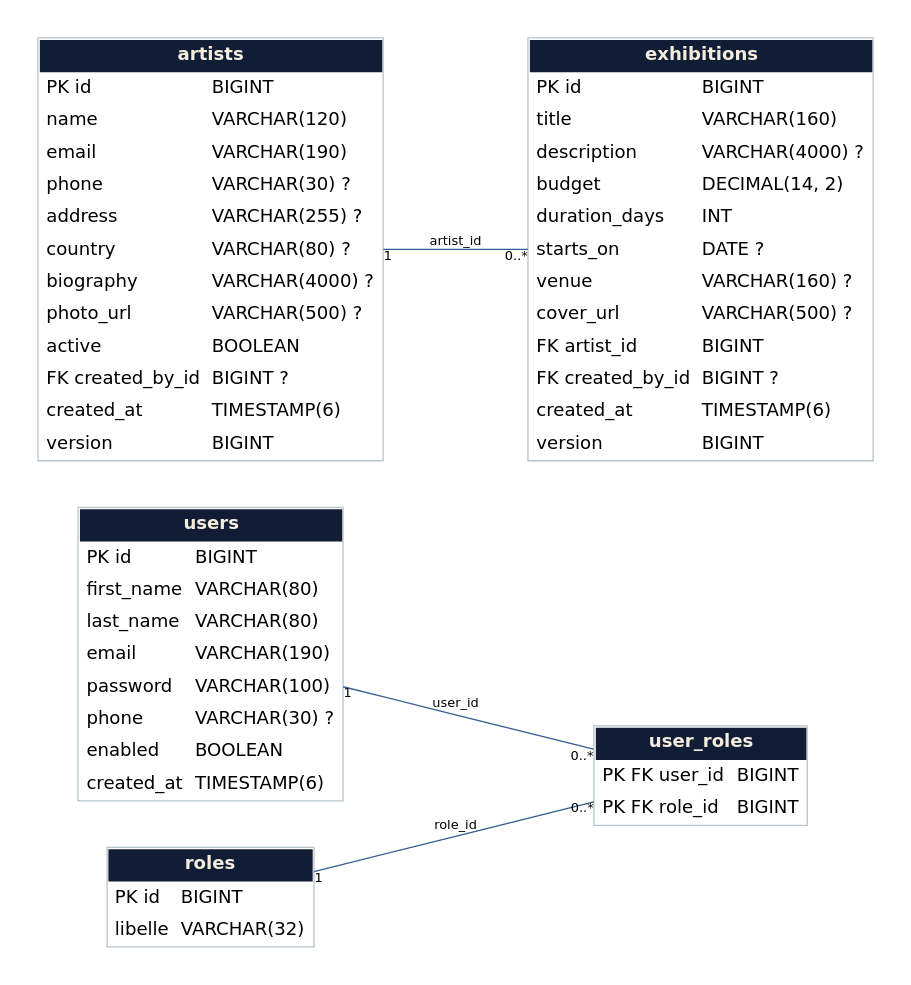
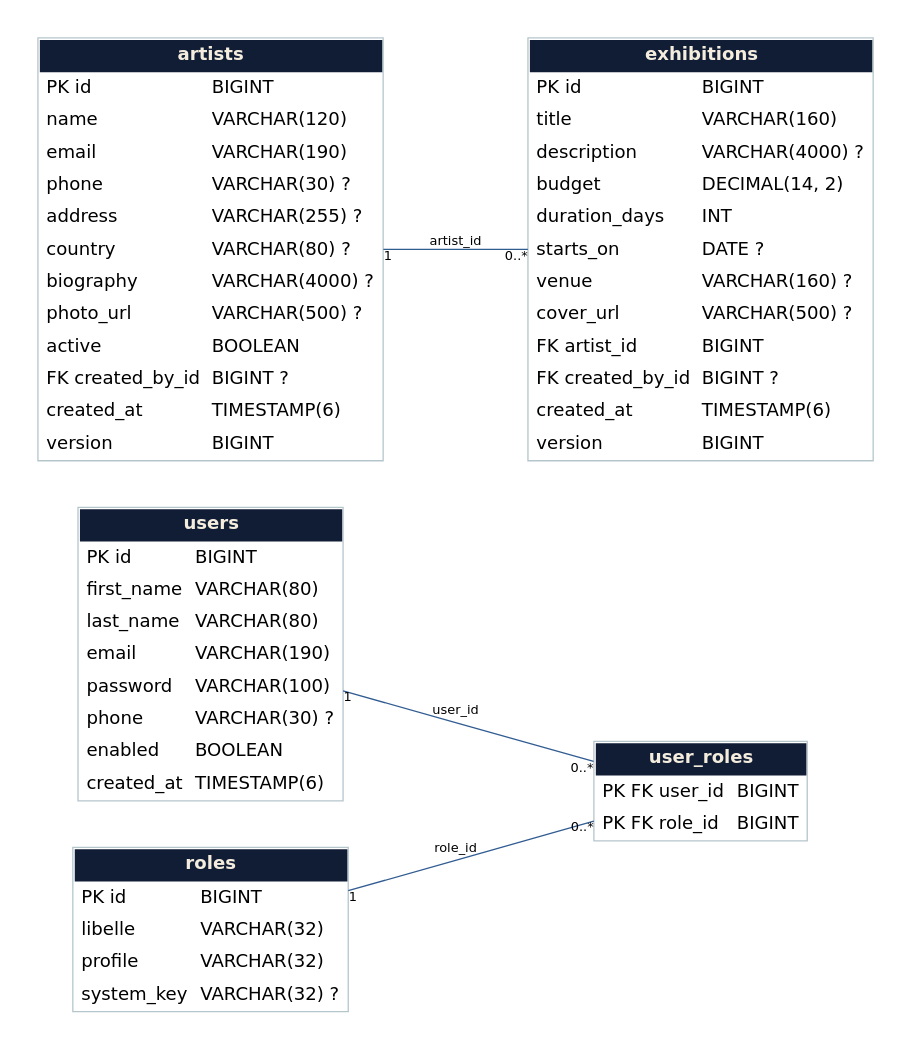
One commit to aziza-bellanes/angluar-springboot-project changed the diagram in docs/diagrams/cdc.dot. Above: the diagram before and after it, drawn with Graphviz. The commit also changed 61 other files, not shown here.

```diff
--- a/docs/diagrams/cdc.dot
+++ b/docs/diagrams/cdc.dot
@@ -1,13 +1,13 @@
 digraph Database {
 graph [rankdir=LR, bgcolor="white", nodesep=0.5, ranksep=1.0, pad=0.3, splines=polyline];
 node [shape=plain, fontname="DejaVu Sans"];
 edge [fontname="DejaVu Sans", fontsize=10, color="#315c91"];
 users [label=<<TABLE BORDER="1" COLOR="#b5c5cc" CELLBORDER="0" CELLSPACING="0" CELLPADDING="5"><TR><TD COLSPAN="2" BGCOLOR="#101d35"><FONT COLOR="#f4edde"><B>users</B></FONT></TD></TR><TR><TD ALIGN="LEFT">PK id</TD><TD ALIGN="LEFT">BIGINT</TD></TR><TR><TD ALIGN="LEFT">first_name</TD><TD ALIGN="LEFT">VARCHAR(80)</TD></TR><TR><TD ALIGN="LEFT">last_name</TD><TD ALIGN="LEFT">VARCHAR(80)</TD></TR><TR><TD ALIGN="LEFT">email</TD><TD ALIGN="LEFT">VARCHAR(190)</TD></TR><TR><TD ALIGN="LEFT">password</TD><TD ALIGN="LEFT">VARCHAR(100)</TD></TR><TR><TD ALIGN="LEFT">phone</TD><TD ALIGN="LEFT">VARCHAR(30) ?</TD></TR><TR><TD ALIGN="LEFT">enabled</TD><TD ALIGN="LEFT">BOOLEAN</TD></TR><TR><TD ALIGN="LEFT">created_at</TD><TD ALIGN="LEFT">TIMESTAMP(6)</TD></TR></TABLE>>];
-roles [label=<<TABLE BORDER="1" COLOR="#b5c5cc" CELLBORDER="0" CELLSPACING="0" CELLPADDING="5"><TR><TD COLSPAN="2" BGCOLOR="#101d35"><FONT COLOR="#f4edde"><B>roles</B></FONT></TD></TR><TR><TD ALIGN="LEFT">PK id</TD><TD ALIGN="LEFT">BIGINT</TD></TR><TR><TD ALIGN="LEFT">libelle</TD><TD ALIGN="LEFT">VARCHAR(32)</TD></TR></TABLE>>];
+roles [label=<<TABLE BORDER="1" COLOR="#b5c5cc" CELLBORDER="0" CELLSPACING="0" CELLPADDING="5"><TR><TD COLSPAN="2" BGCOLOR="#101d35"><FONT COLOR="#f4edde"><B>roles</B></FONT></TD></TR><TR><TD ALIGN="LEFT">PK id</TD><TD ALIGN="LEFT">BIGINT</TD></TR><TR><TD ALIGN="LEFT">libelle</TD><TD ALIGN="LEFT">VARCHAR(32)</TD></TR><TR><TD ALIGN="LEFT">profile</TD><TD ALIGN="LEFT">VARCHAR(32)</TD></TR><TR><TD ALIGN="LEFT">system_key</TD><TD ALIGN="LEFT">VARCHAR(32) ?</TD></TR></TABLE>>];
 user_roles [label=<<TABLE BORDER="1" COLOR="#b5c5cc" CELLBORDER="0" CELLSPACING="0" CELLPADDING="5"><TR><TD COLSPAN="2" BGCOLOR="#101d35"><FONT COLOR="#f4edde"><B>user_roles</B></FONT></TD></TR><TR><TD ALIGN="LEFT">PK FK user_id</TD><TD ALIGN="LEFT">BIGINT</TD></TR><TR><TD ALIGN="LEFT">PK FK role_id</TD><TD ALIGN="LEFT">BIGINT</TD></TR></TABLE>>];
 artists [label=<<TABLE BORDER="1" COLOR="#b5c5cc" CELLBORDER="0" CELLSPACING="0" CELLPADDING="5"><TR><TD COLSPAN="2" BGCOLOR="#101d35"><FONT COLOR="#f4edde"><B>artists</B></FONT></TD></TR><TR><TD ALIGN="LEFT">PK id</TD><TD ALIGN="LEFT">BIGINT</TD></TR><TR><TD ALIGN="LEFT">name</TD><TD ALIGN="LEFT">VARCHAR(120)</TD></TR><TR><TD ALIGN="LEFT">email</TD><TD ALIGN="LEFT">VARCHAR(190)</TD></TR><TR><TD ALIGN="LEFT">phone</TD><TD ALIGN="LEFT">VARCHAR(30) ?</TD></TR><TR><TD ALIGN="LEFT">address</TD><TD ALIGN="LEFT">VARCHAR(255) ?</TD></TR><TR><TD ALIGN="LEFT">country</TD><TD ALIGN="LEFT">VARCHAR(80) ?</TD></TR><TR><TD ALIGN="LEFT">biography</TD><TD ALIGN="LEFT">VARCHAR(4000) ?</TD></TR><TR><TD ALIGN="LEFT">photo_url</TD><TD ALIGN="LEFT">VARCHAR(500) ?</TD></TR><TR><TD ALIGN="LEFT">active</TD><TD ALIGN="LEFT">BOOLEAN</TD></TR><TR><TD ALIGN="LEFT">FK created_by_id</TD><TD ALIGN="LEFT">BIGINT ?</TD></TR><TR><TD ALIGN="LEFT">created_at</TD><TD ALIGN="LEFT">TIMESTAMP(6)</TD></TR><TR><TD ALIGN="LEFT">version</TD><TD ALIGN="LEFT">BIGINT</TD></TR></TABLE>>];
 exhibitions [label=<<TABLE BORDER="1" COLOR="#b5c5cc" CELLBORDER="0" CELLSPACING="0" CELLPADDING="5"><TR><TD COLSPAN="2" BGCOLOR="#101d35"><FONT COLOR="#f4edde"><B>exhibitions</B></FONT></TD></TR><TR><TD ALIGN="LEFT">PK id</TD><TD ALIGN="LEFT">BIGINT</TD></TR><TR><TD ALIGN="LEFT">title</TD><TD ALIGN="LEFT">VARCHAR(160)</TD></TR><TR><TD ALIGN="LEFT">description</TD><TD ALIGN="LEFT">VARCHAR(4000) ?</TD></TR><TR><TD ALIGN="LEFT">budget</TD><TD ALIGN="LEFT">DECIMAL(14, 2)</TD></TR><TR><TD ALIGN="LEFT">duration_days</TD><TD ALIGN="LEFT">INT</TD></TR><TR><TD ALIGN="LEFT">starts_on</TD><TD ALIGN="LEFT">DATE ?</TD></TR><TR><TD ALIGN="LEFT">venue</TD><TD ALIGN="LEFT">VARCHAR(160) ?</TD></TR><TR><TD ALIGN="LEFT">cover_url</TD><TD ALIGN="LEFT">VARCHAR(500) ?</TD></TR><TR><TD ALIGN="LEFT">FK artist_id</TD><TD ALIGN="LEFT">BIGINT</TD></TR><TR><TD ALIGN="LEFT">FK created_by_id</TD><TD ALIGN="LEFT">BIGINT ?</TD></TR><TR><TD ALIGN="LEFT">created_at</TD><TD ALIGN="LEFT">TIMESTAMP(6)</TD></TR><TR><TD ALIGN="LEFT">version</TD><TD ALIGN="LEFT">BIGINT</TD></TR></TABLE>>];
 users -> user_roles [dir=none, taillabel="1", headlabel="0..*", label="user_id", color="#315c91"];
 roles -> user_roles [dir=none, taillabel="1", headlabel="0..*", label="role_id", color="#315c91"];
 artists -> exhibitions [dir=none, taillabel="1", headlabel="0..*", label="artist_id", color="#315c91"];
 }
```
